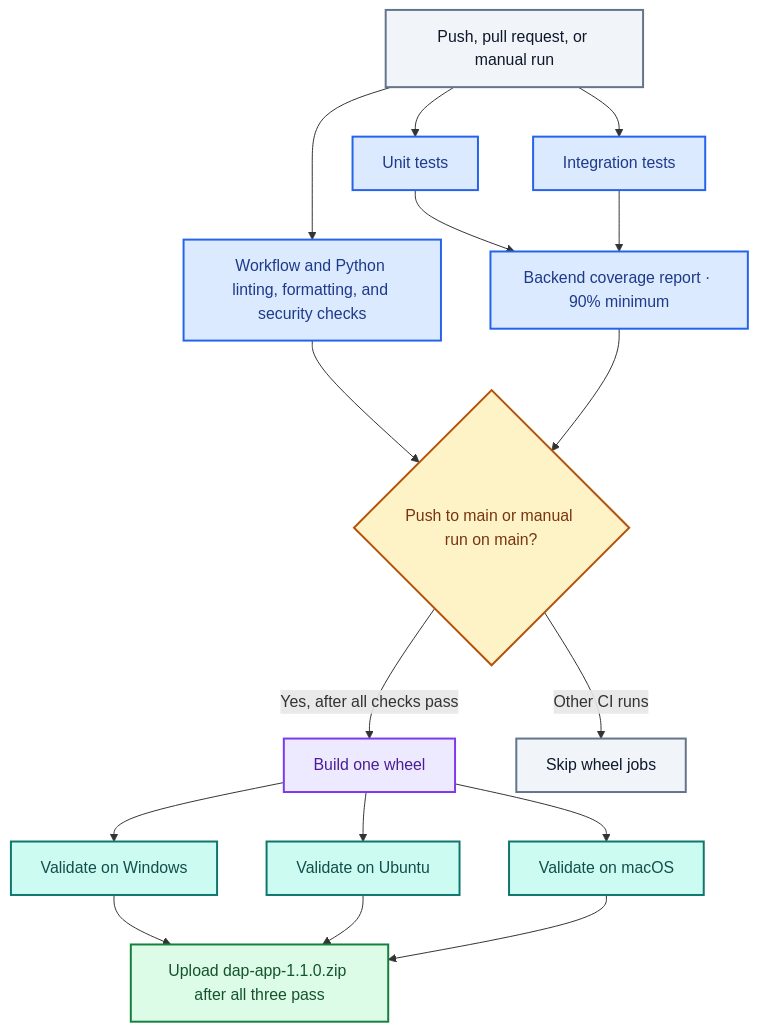
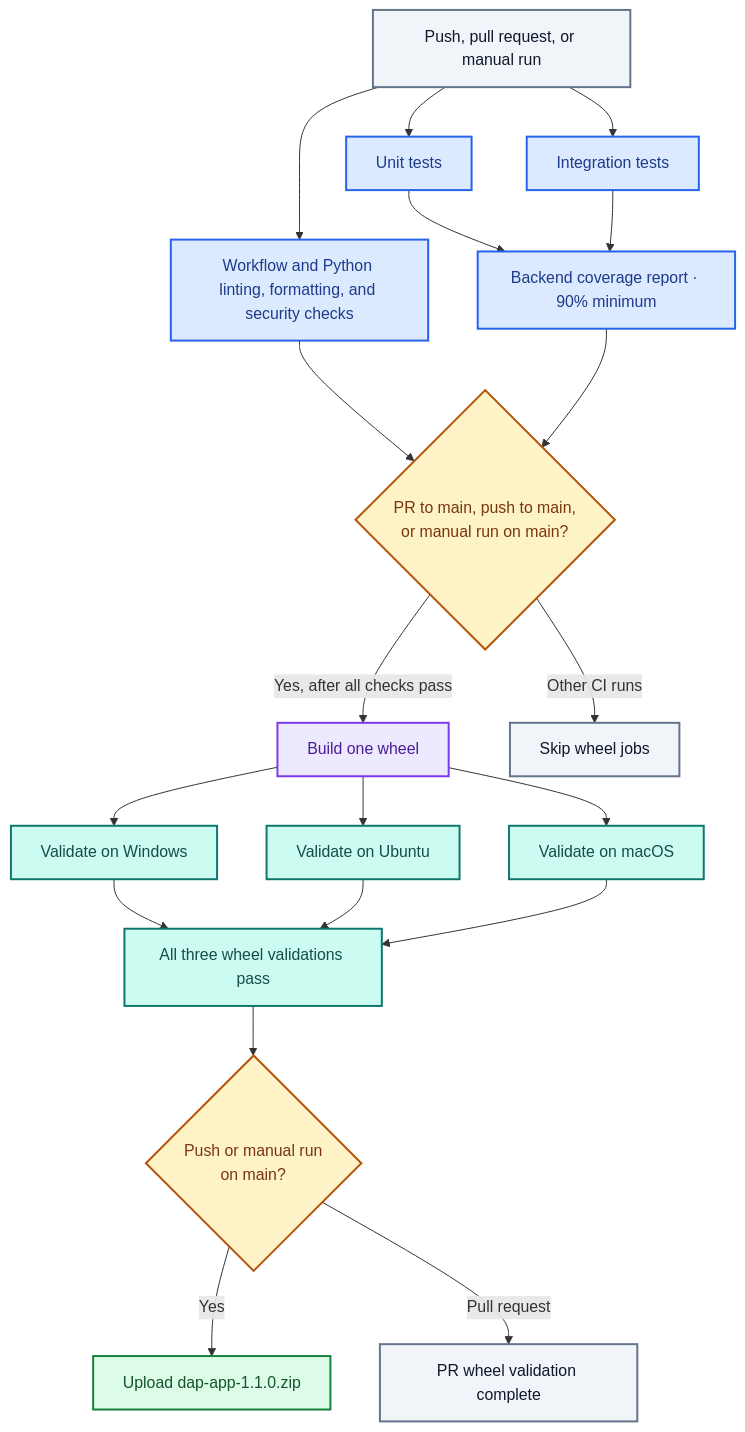
Before and after one commit to OllieOzzy/cmsc495-social-worker-ai-assistant: the second of 3 diagrams in README.md, drawn with Mermaid. The commit also changed other lines of this file and 2 other files, not shown here.

Commit message:
Correct CI rules to allow build, validation, and upload wheel during pull request targeting main.

````diff
--- a/README.md
+++ b/README.md
@@ -195,36 +195,39 @@
 ```mermaid
 flowchart TD
     Start["Push, pull request, or manual run"]
     Start --> Checks["Workflow and Python linting, formatting, and security checks"]
     Start --> Unit["Unit tests"]
     Start --> Integration["Integration tests"]
 
     Unit --> Coverage["Backend coverage report · 90% minimum"]
     Integration --> Coverage
-    Checks --> Eligible{"Push to main or manual run on main?"}
+    Checks --> Eligible{"PR to main, push to main,<br/>or manual run on main?"}
     Coverage --> Eligible
     Eligible -->|"Yes, after all checks pass"| Build["Build one wheel"]
     Eligible -->|"Other CI runs"| Skip["Skip wheel jobs"]
 
     Build --> Windows["Validate on Windows"]
     Build --> Linux["Validate on Ubuntu"]
     Build --> Mac["Validate on macOS"]
 
-    Windows --> Upload["Upload dap-app-1.1.0.zip after all three pass"]
-    Linux --> Upload
-    Mac --> Upload
+    Windows --> Validated["All three wheel validations pass"]
+    Linux --> Validated
+    Mac --> Validated
+    Validated --> ReleaseEligible{"Push or manual run<br/>on main?"}
+    ReleaseEligible -->|"Yes"| Upload["Upload dap-app-1.1.0.zip"]
+    ReleaseEligible -->|"Pull request"| Ready["PR wheel validation complete"]
 
     classDef trigger fill:#F1F5F9,stroke:#64748B,color:#0F172A,stroke-width:2px
     classDef checks fill:#DBEAFE,stroke:#2563EB,color:#1E3A8A,stroke-width:2px
     classDef build fill:#EDE9FE,stroke:#7C3AED,color:#4C1D95,stroke-width:2px
     classDef validation fill:#CCFBF1,stroke:#0F766E,color:#134E4A,stroke-width:2px
     classDef decision fill:#FEF3C7,stroke:#B45309,color:#78350F,stroke-width:2px
     classDef artifact fill:#DCFCE7,stroke:#15803D,color:#14532D,stroke-width:2px
 
-    class Start,Skip trigger
+    class Start,Skip,Ready trigger
     class Checks,Unit,Integration,Coverage checks
     class Build build
-    class Windows,Linux,Mac validation
-    class Eligible decision
+    class Windows,Linux,Mac,Validated validation
+    class Eligible,ReleaseEligible decision
     class Upload artifact
 ```
````
